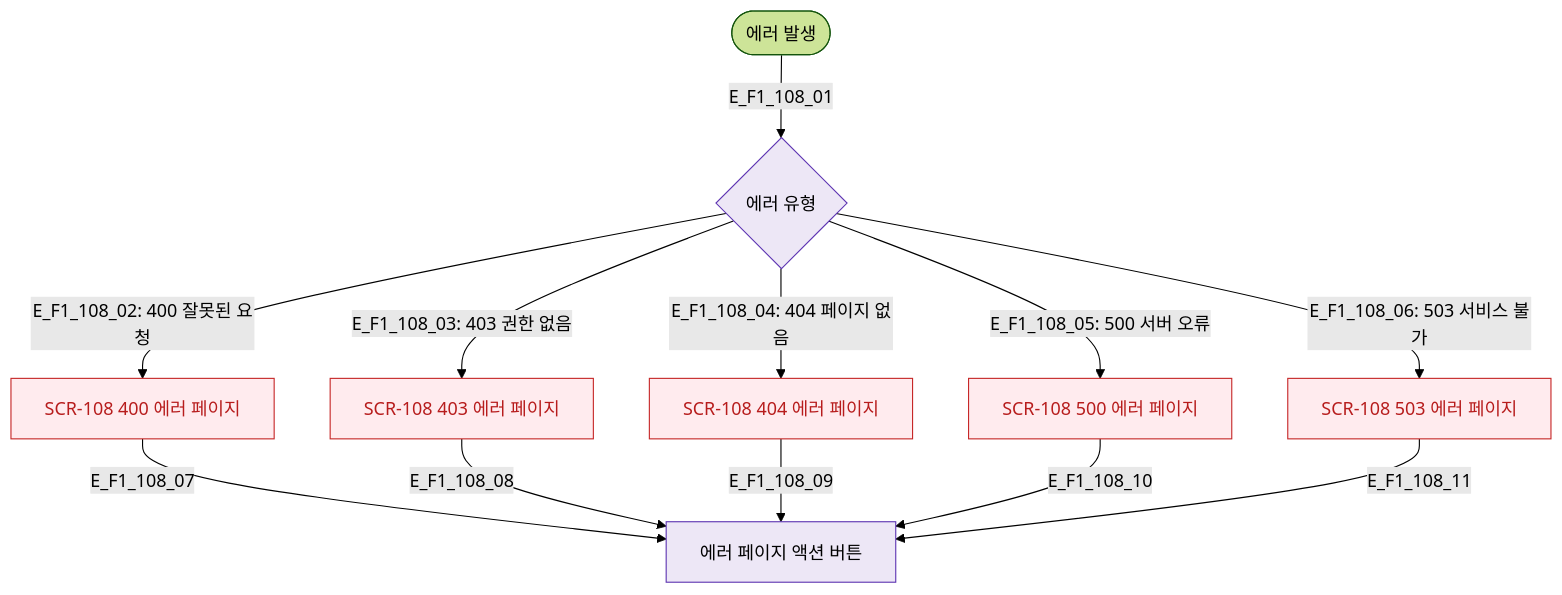
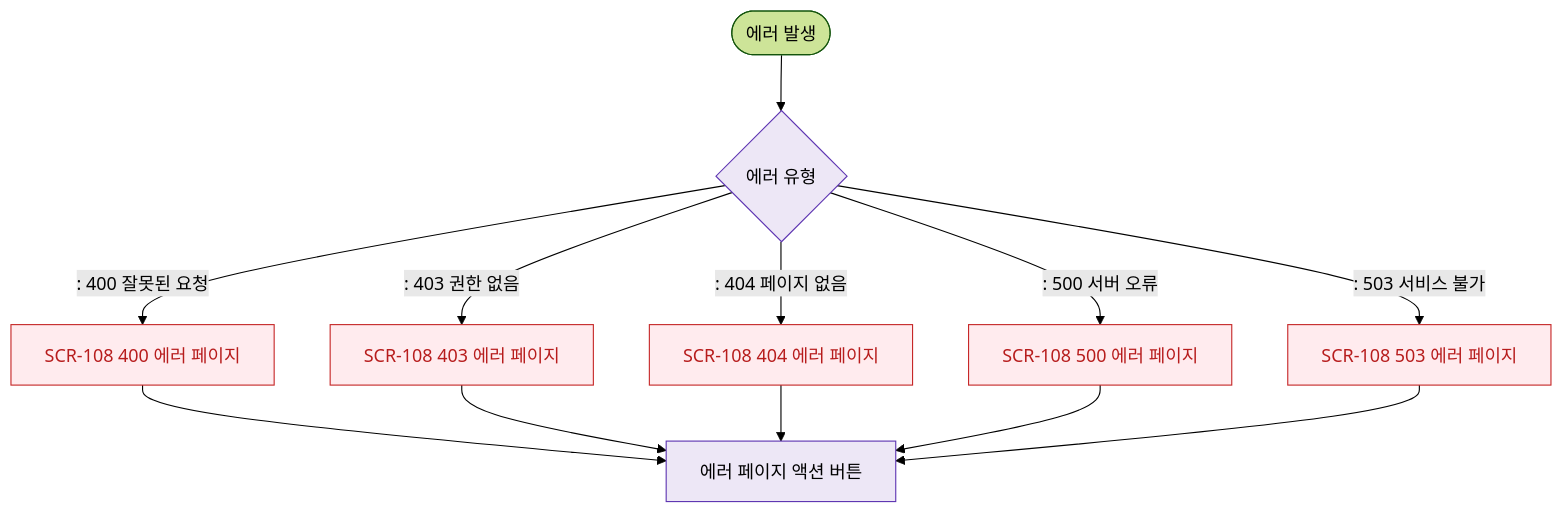
One commit to dev-spogym/admin-pando changed the diagram in docs/다이어그램/D01_공통/SCR-108_에러페이지/F1_진입.md. Above: the diagram before and after it, drawn with Mermaid (forest theme). The commit also changed other lines of this file and 1660 other files, not shown here.

First line of the commit message:
다이어그램: 기획자/클라이언트 납품본으로 정리

````diff
--- a/docs/다이어그램/D01_공통/SCR-108_에러페이지/F1_진입.md
+++ b/docs/다이어그램/D01_공통/SCR-108_에러페이지/F1_진입.md
@@ -19,22 +17,22 @@
 ```mermaid
 flowchart TD
-    TRIGGER([에러 발생]) -->|E_F1_108_01| ERR_TYPE{에러 유형}
+    TRIGGER([에러 발생]) --> ERR_TYPE{에러 유형}
 
-    ERR_TYPE -->|"E_F1_108_02: 400 잘못된 요청"| SCR_108_400[SCR-108 400 에러 페이지]
-    ERR_TYPE -->|"E_F1_108_03: 403 권한 없음"| SCR_108_403[SCR-108 403 에러 페이지]
-    ERR_TYPE -->|"E_F1_108_04: 404 페이지 없음"| SCR_108_404[SCR-108 404 에러 페이지]
-    ERR_TYPE -->|"E_F1_108_05: 500 서버 오류"| SCR_108_500[SCR-108 500 에러 페이지]
-    ERR_TYPE -->|"E_F1_108_06: 503 서비스 불가"| SCR_108_503[SCR-108 503 에러 페이지]
+    ERR_TYPE -->|": 400 잘못된 요청"|SCR_108_400[SCR-108 400 에러 페이지]
+    ERR_TYPE -->|": 403 권한 없음"|SCR_108_403[SCR-108 403 에러 페이지]
+    ERR_TYPE -->|": 404 페이지 없음"|SCR_108_404[SCR-108 404 에러 페이지]
+    ERR_TYPE -->|": 500 서버 오류"|SCR_108_500[SCR-108 500 에러 페이지]
+    ERR_TYPE -->|": 503 서비스 불가"|SCR_108_503[SCR-108 503 에러 페이지]
 
-    SCR_108_400 -->|E_F1_108_07| ACTIONS[에러 페이지 액션 버튼]
-    SCR_108_403 -->|E_F1_108_08| ACTIONS
-    SCR_108_404 -->|E_F1_108_09| ACTIONS
-    SCR_108_500 -->|E_F1_108_10| ACTIONS
-    SCR_108_503 -->|E_F1_108_11| ACTIONS
+    SCR_108_400 --> ACTIONS[에러 페이지 액션 버튼]
+    SCR_108_403 --> ACTIONS
+    SCR_108_404 --> ACTIONS
+    SCR_108_500 --> ACTIONS
+    SCR_108_503 --> ACTIONS
 
-    classDef screen  fill:#E3F2FD,stroke:#1976D2,color:#0D47A1
-    classDef error   fill:#FFEBEE,stroke:#C62828,color:#B71C1C
-    classDef system  fill:#EDE7F6,stroke:#5E35B2
+    classDef screen fill:#E3F2FD,stroke:#1976D2,color:#0D47A1
+    classDef error fill:#FFEBEE,stroke:#C62828,color:#B71C1C
+    classDef system fill:#EDE7F6,stroke:#5E35B2
     class SCR_108_400,SCR_108_403,SCR_108_404,SCR_108_500,SCR_108_503 error
     class ERR_TYPE,ACTIONS system
 ```
````
